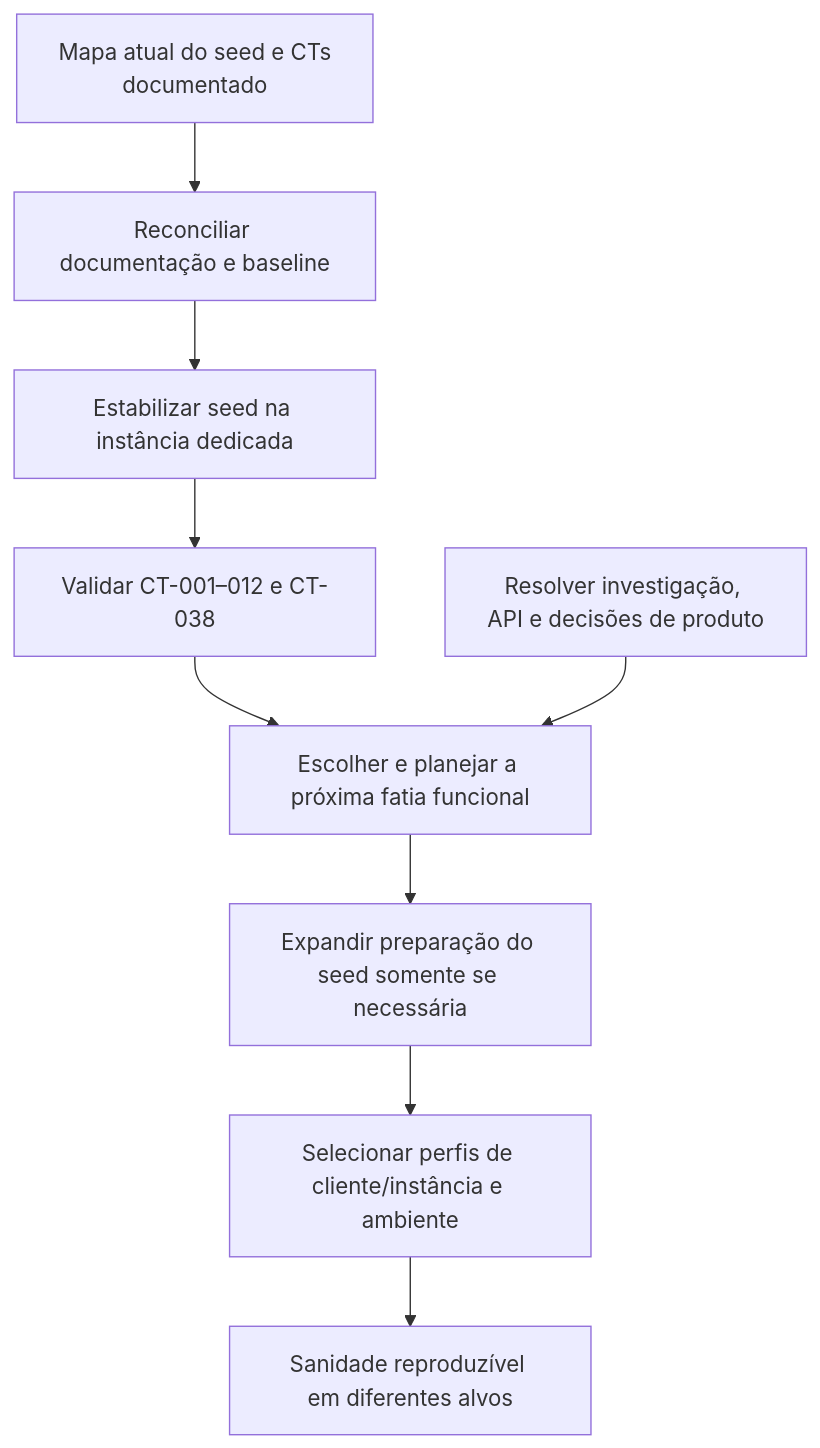
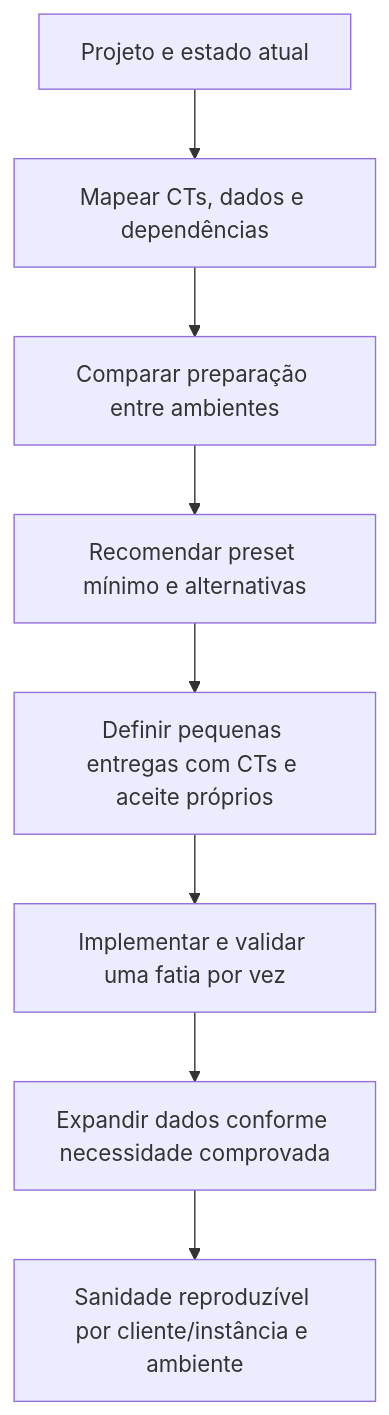
One commit to RafaCartaxo/brainwork changed the diagram in QA Workspace/02 Demandas/DEV/SGV-11262 - [QA-Automação] Termo de Referência SOGOV/Roadmap - Automação TR.md. Above: the diagram before and after it, drawn with Mermaid. The commit also changed other lines of this file and 12 other files, not shown here.

````diff
--- a/QA Workspace/02 Demandas/DEV/SGV-11262 - [QA-Automação] Termo de Referência SOGOV/Roadmap - Automação TR.md
+++ b/QA Workspace/02 Demandas/DEV/SGV-11262 - [QA-Automação] Termo de Referência SOGOV/Roadmap - Automação TR.md
@@ -70,11 +70,10 @@
 ```mermaid
 flowchart TD
-    M[Mapa atual do seed e CTs<br/>documentado] --> A[Reconciliar documentação e baseline]
-    A --> B[Estabilizar seed na instância dedicada]
-    B --> C[Validar CT-001–012 e CT-038]
-    C --> D[Escolher e planejar a próxima fatia funcional]
-    E[Resolver investigação, API e decisões de produto] --> D
-    D --> F[Expandir preparação do seed somente se necessária]
-    F --> G[Selecionar perfis de cliente/instância e ambiente]
-    G --> H[Sanidade reproduzível em diferentes alvos]
+    A[Projeto e estado atual] --> B[Mapear CTs, dados e dependências]
+    B --> C[Comparar preparação entre ambientes]
+    C --> D[Recomendar preset mínimo e alternativas]
+    D --> E[Definir pequenas entregas com CTs e aceite próprios]
+    E --> F[Implementar e validar uma fatia por vez]
+    F --> G[Expandir dados conforme necessidade comprovada]
+    G --> H[Sanidade reproduzível por cliente/instância e ambiente]
 ```
````
